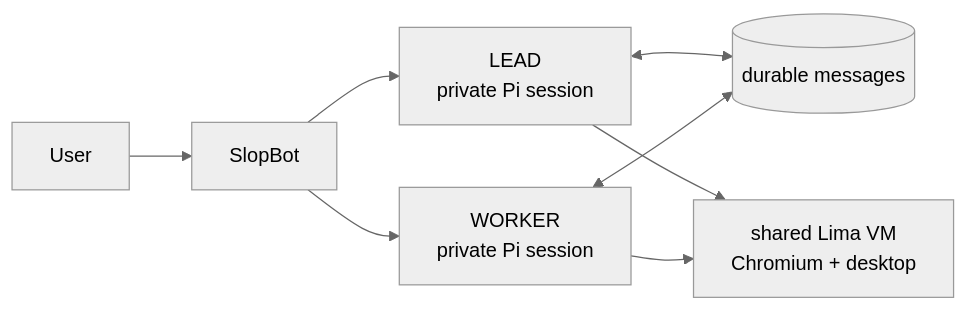
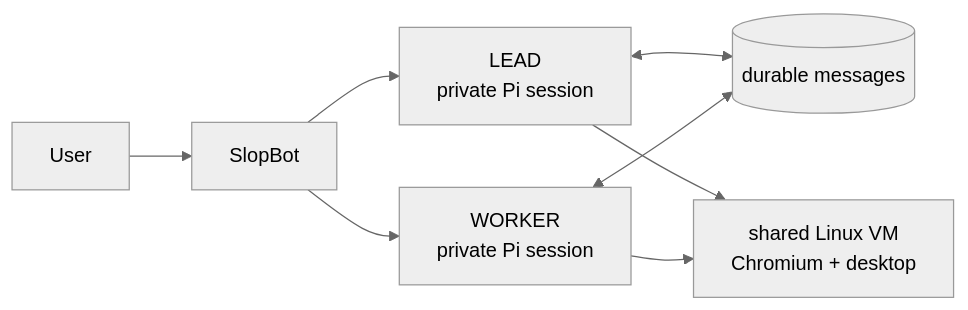
One commit to simonbalfe/slopbot changed the diagram in README.md. Above: the diagram before and after it, drawn with Mermaid (neutral theme). The commit also changed other lines of this file and 7 other files, not shown here.

````diff
--- a/README.md
+++ b/README.md
@@ -7,10 +7,10 @@
 ```mermaid
 flowchart LR
   User --> SlopBot
   SlopBot --> Lead["LEAD<br/>private Pi session"]
   SlopBot --> Worker["WORKER<br/>private Pi session"]
   Lead <--> Mailroom[(durable messages)]
   Worker <--> Mailroom
-  Lead --> Computer["shared Lima VM<br/>Chromium + desktop"]
+  Lead --> Computer["shared Linux VM<br/>Chromium + desktop"]
   Worker --> Computer
 ```
````
